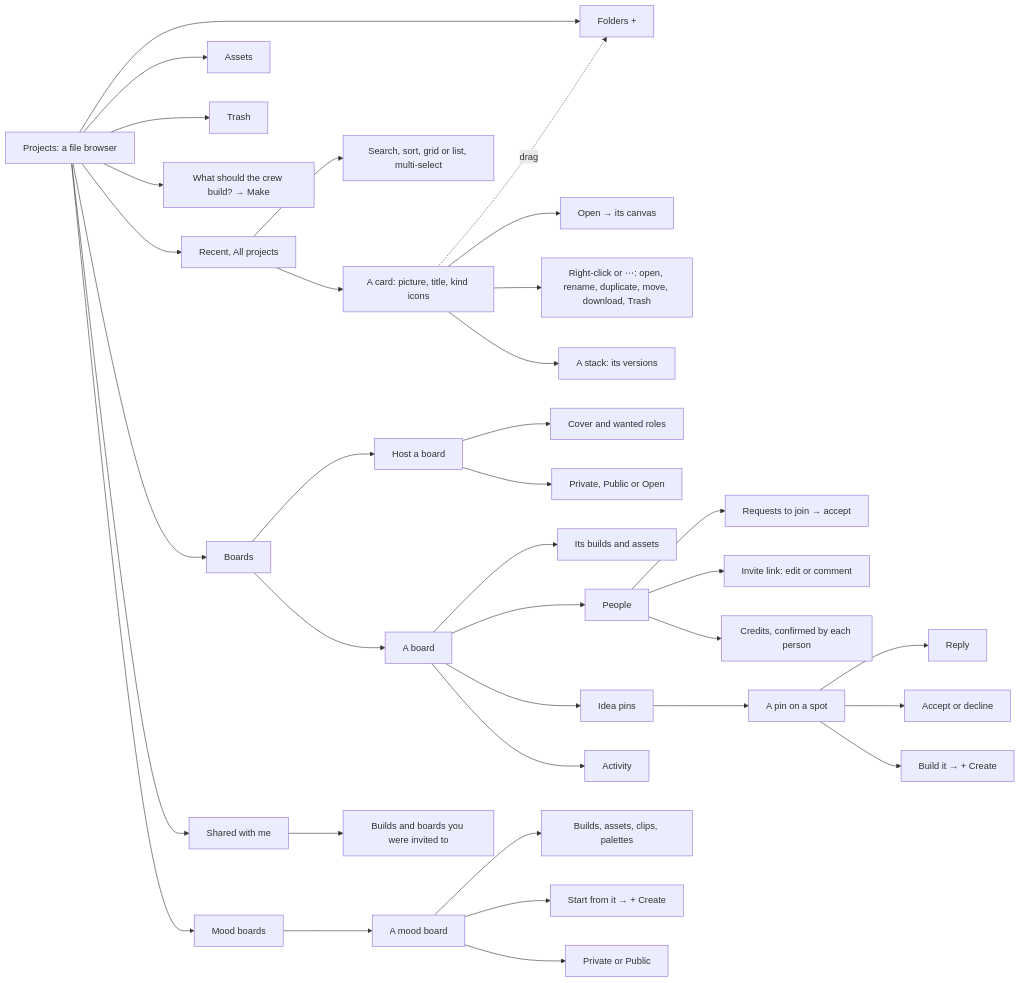
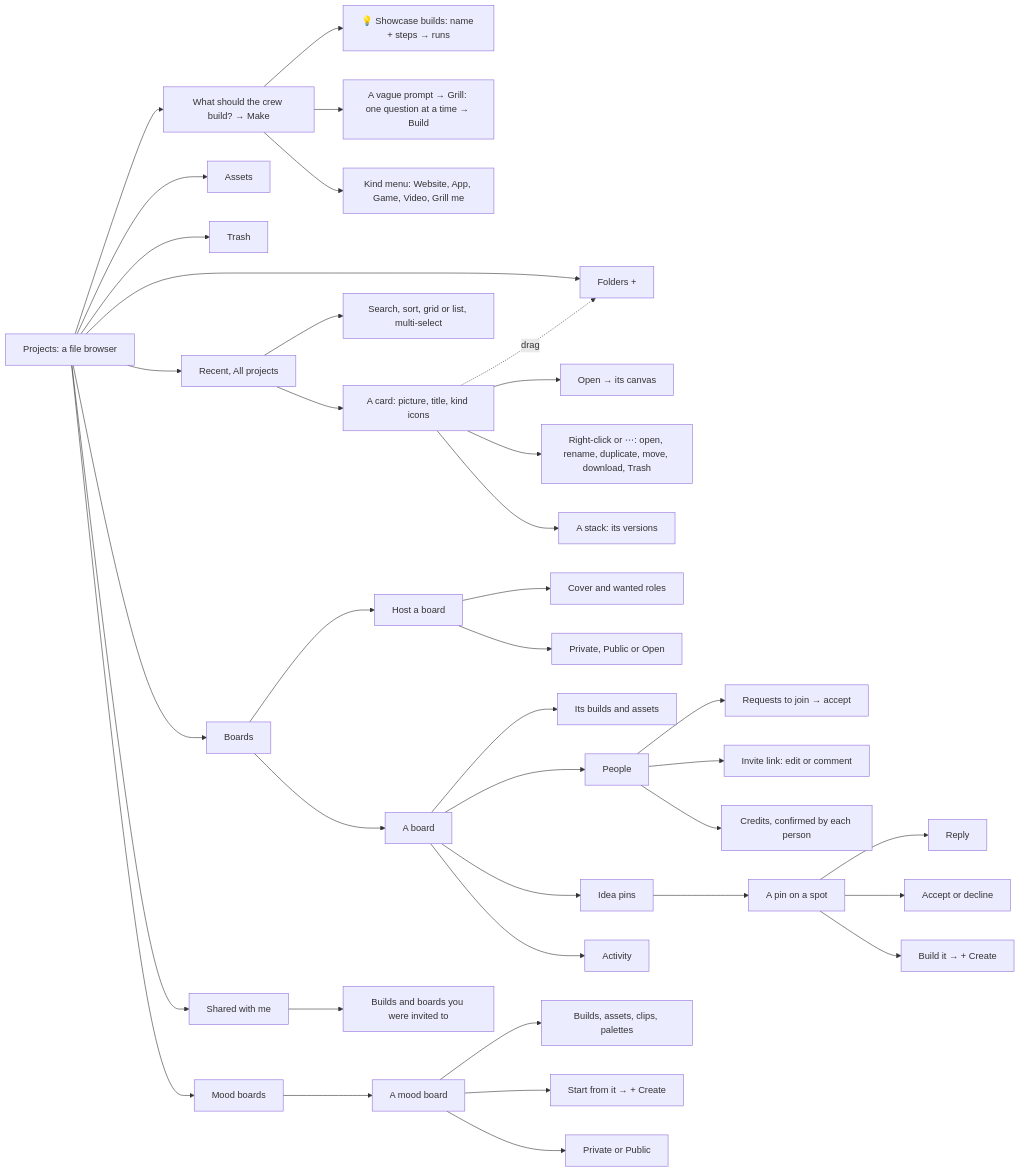
Before and after one commit to Pukujan/swarm-studio: the sixth of 24 diagrams in docs/ux/SITEMAP.md, drawn with Mermaid. The commit also changed 8 other files, not shown here.

First line of the commit message:
Make box: showcase builds and a grill-me interview

````diff
--- a/docs/ux/SITEMAP.md
+++ b/docs/ux/SITEMAP.md
@@ -173,37 +173,40 @@
 ```mermaid
 flowchart LR
   PROJ[Projects: a file browser] --> MB["Recent, All projects"]
   PROJ --> AS[Assets]
   PROJ --> TR[Trash]
   PROJ --> FO["Folders +"]
   PROJ --> ASK["What should the crew build? → Make"]
+  ASK --> SC["💡 Showcase builds: name + steps → runs"]
+  ASK --> GR["A vague prompt → Grill: one question at a time → Build"]
+  ASK --> KM["Kind menu: Website, App, Game, Video, Grill me"]
   PROJ --> BD[Boards]
   PROJ --> MO[Mood boards]
   PROJ --> SW[Shared with me]
   MB --> ST["A card: picture, title, kind icons"]
   MB --> MS["Search, sort, grid or list, multi-select"]
   ST --> ORB["Open → its canvas"]
   ST --> RM["Right-click or ⋯: open, rename, duplicate, move, download, Trash"]
   ST --> VS["A stack: its versions"]
   ST -.->|drag| FO
   BD --> BO[A board]
   BD --> BN[Host a board]
   BN --> BN1["Cover and wanted roles"]
   BN --> BN2["Private, Public or Open"]
   BO --> BW["Its builds and assets"]
   BO --> BP[People]
   BO --> BI[Idea pins]
   BO --> BA[Activity]
   BP --> BP1["Requests to join → accept"]
   BP --> BP2["Invite link: edit or comment"]
   BP --> BP3["Credits, confirmed by each person"]
   BI --> PIN[A pin on a spot]
   PIN --> PIN1[Reply]
   PIN --> PIN2[Accept or decline]
   PIN --> PIN3["Build it → + Create"]
   MO --> MOB[A mood board]
   MOB --> MOI["Builds, assets, clips, palettes"]
   MOB --> MOS["Start from it → + Create"]
   MOB --> MOV["Private or Public"]
   SW --> SWB["Builds and boards you were invited to"]
 ```
````
